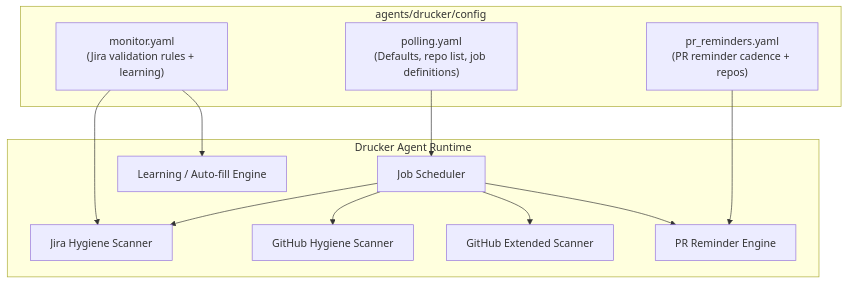
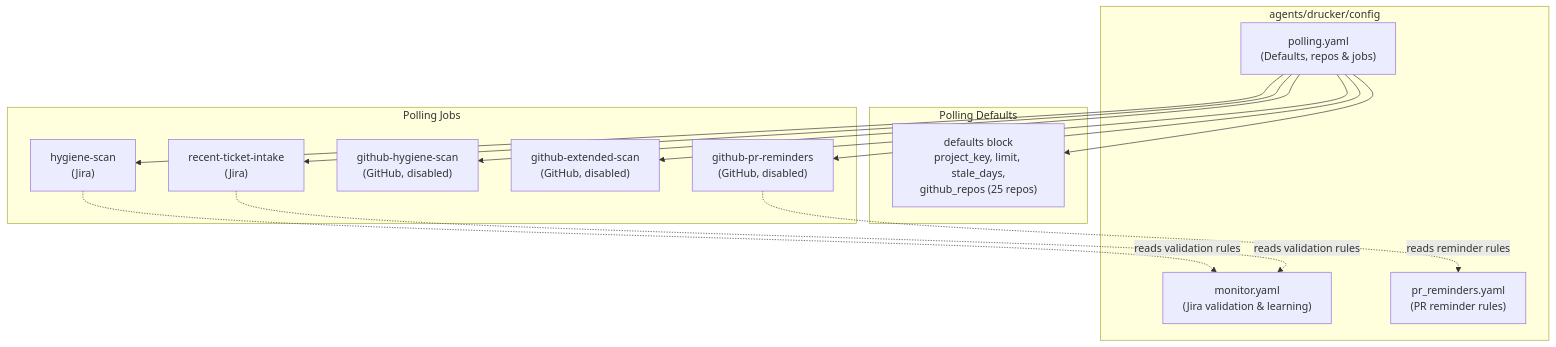
The first of 4 diagrams in docs/agents-drucker-config.md (jmac-cornelis/agent-workforce), drawn with Mermaid before and after one commit. The commit also changed other lines of this file and 7 other files, not shown here.

````diff
--- a/docs/agents-drucker-config.md
+++ b/docs/agents-drucker-config.md
@@ -40,26 +39,31 @@
 ```mermaid
 graph TD
     subgraph "agents/drucker/config"
-        MONITOR["monitor.yaml<br/>(Jira validation rules + learning)"]
-        POLLING["polling.yaml<br/>(Defaults, repo list, job definitions)"]
-        PR_REM["pr_reminders.yaml<br/>(PR reminder cadence + repos)"]
+        MONITOR["monitor.yaml<br/>(Jira validation & learning)"]
+        POLLING["polling.yaml<br/>(Defaults, repos & jobs)"]
+        PR_REM["pr_reminders.yaml<br/>(PR reminder rules)"]
     end
 
-    subgraph "Drucker Agent Runtime"
-        SCHEDULER["Job Scheduler"]
-        JIRA_SCAN["Jira Hygiene Scanner"]
-        GH_SCAN["GitHub Hygiene Scanner"]
-        GH_EXT["GitHub Extended Scanner"]
-        PR_REMIND["PR Reminder Engine"]
-        LEARNER["Learning / Auto-fill Engine"]
+    subgraph "Polling Defaults"
+        DEFAULTS["defaults block<br/>project_key, limit, stale_days,<br/>github_repos (25 repos)"]
     end
 
-    POLLING --> SCHEDULER
-    SCHEDULER --> JIRA_SCAN
-    SCHEDULER --> GH_SCAN
-    SCHEDULER --> GH_EXT
-    SCHEDULER --> PR_REMIND
-    MONITOR --> JIRA_SCAN
-    MONITOR --> LEARNER
-    PR_REM --> PR_REMIND
+    subgraph "Polling Jobs"
+        J1["hygiene-scan<br/>(Jira)"]
+        J2["recent-ticket-intake<br/>(Jira)"]
+        J3["github-hygiene-scan<br/>(GitHub, disabled)"]
+        J4["github-extended-scan<br/>(GitHub, disabled)"]
+        J5["github-pr-reminders<br/>(GitHub, disabled)"]
+    end
+
+    POLLING --> DEFAULTS
+    POLLING --> J1
+    POLLING --> J2
+    POLLING --> J3
+    POLLING --> J4
+    POLLING --> J5
+
+    J5 -.->|"reads reminder rules"| PR_REM
+    J1 -.->|"reads validation rules"| MONITOR
+    J2 -.->|"reads validation rules"| MONITOR
 ```
````
